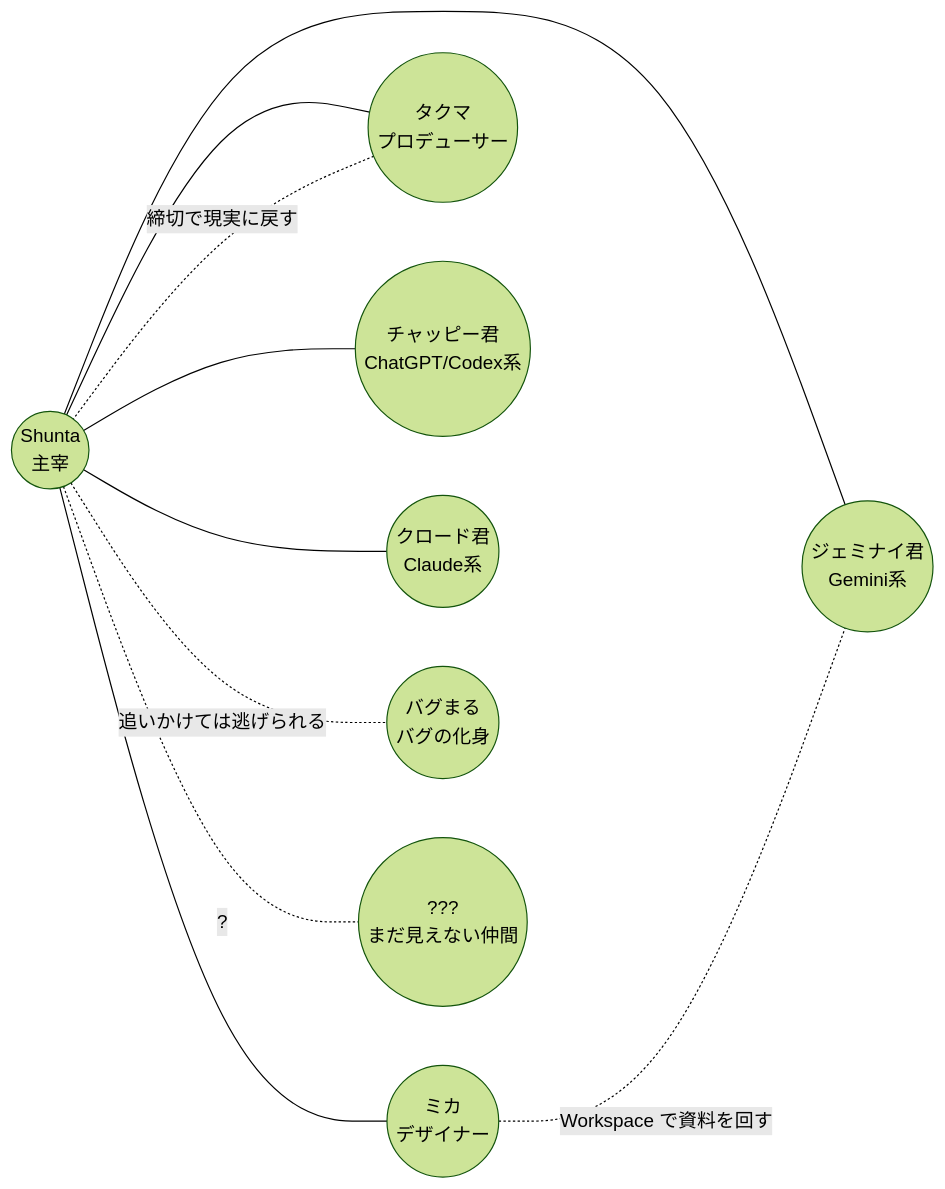
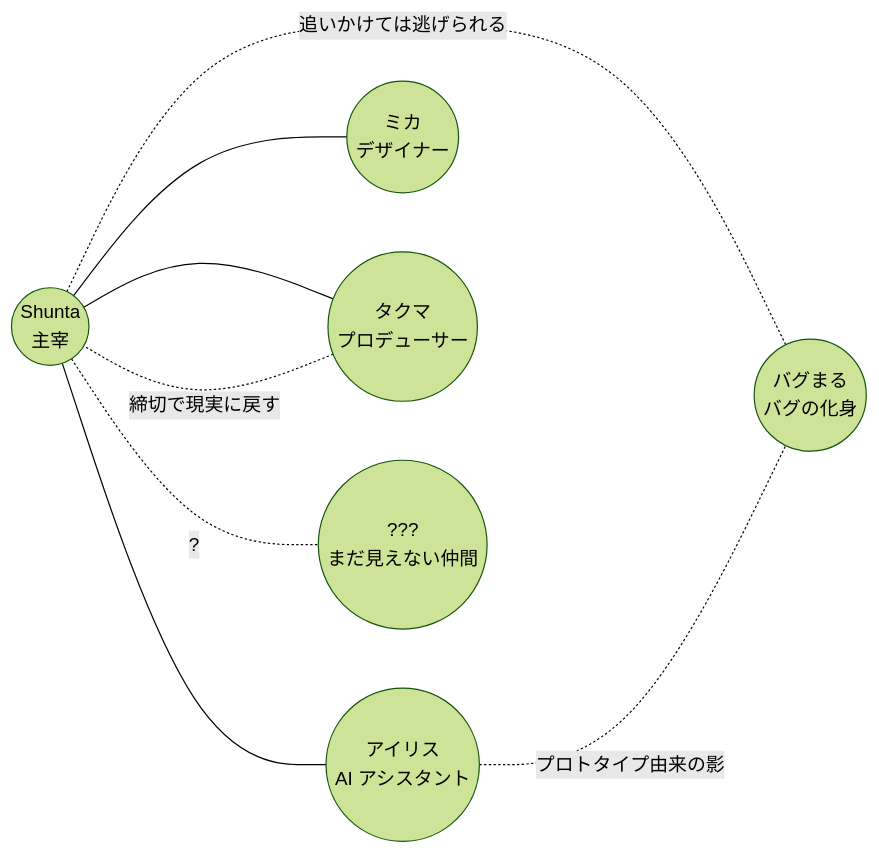
One commit to shunta-furukawa/four-panel-comics changed the diagram in docs/origin.md. Above: the diagram before and after it, drawn with Mermaid (forest theme). The commit also changed other lines of this file and 16 other files, not shown here.

````diff
--- a/docs/origin.md
+++ b/docs/origin.md
@@ -124,21 +104,17 @@
 ```mermaid
 flowchart LR
     Shunta((Shunta<br/>主宰))
+    Iris((アイリス<br/>AI アシスタント))
     Mika((ミカ<br/>デザイナー))
     Takuma((タクマ<br/>プロデューサー))
-    Chappy((チャッピー君<br/>ChatGPT/Codex系))
-    Claude((クロード君<br/>Claude系))
-    Geminai((ジェミナイ君<br/>Gemini系))
     Bugmaru((バグまる<br/>バグの化身))
     Future((???<br/>まだ見えない仲間))
 
+    Shunta --- Iris
     Shunta --- Mika
     Shunta --- Takuma
-    Shunta --- Chappy
-    Shunta --- Claude
-    Shunta --- Geminai
     Shunta -. 追いかけては逃げられる .- Bugmaru
+    Iris -. プロトタイプ由来の影 .- Bugmaru
+    Takuma -. 締切で現実に戻す .- Shunta
     Shunta -. ? .- Future
-    Mika -. Workspace で資料を回す .- Geminai
-    Takuma -. 締切で現実に戻す .- Shunta
 ```
````
